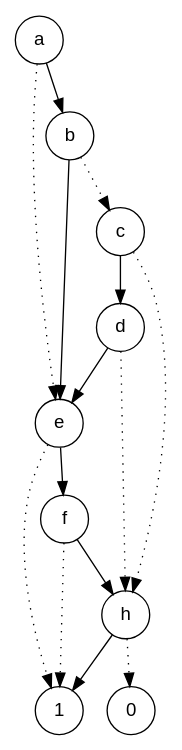
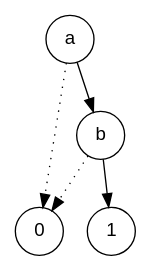
One commit to Catoverflow/ROBDD changed the diagram in example.dot. Above: the diagram before and after it, drawn with Graphviz. The commit also changed 1 other file, not shown here.

```diff
--- a/example.dot
+++ b/example.dot
@@ -1,29 +1,14 @@
 digraph ROBDD {
 fontname="Helvetica,Arial,sans-serif"
 node [fontname="Helvetica,Arial,sans-serif"]
 edge [fontname="Helvetica,Arial,sans-serif"]
 node [shape=circle];
 "a"
-"a" -> "e"[style = dotted]
+"a" -> "0"[style = dotted]
 "a" -> "b"
-"e"
-"e" -> "1"[style = dotted]
-"e" -> "f"
-"1"
-"f"
-"f" -> "1"[style = dotted]
-"f" -> "h"
-"h"
-"h" -> "0"[style = dotted]
-"h" -> "1"
 "0"
 "b"
-"b" -> "c"[style = dotted]
-"b" -> "e"
-"c"
-"c" -> "h"[style = dotted]
-"c" -> "d"
-"d"
-"d" -> "h"[style = dotted]
-"d" -> "e"
+"b" -> "0"[style = dotted]
+"b" -> "1"
+"1"
 }
```
